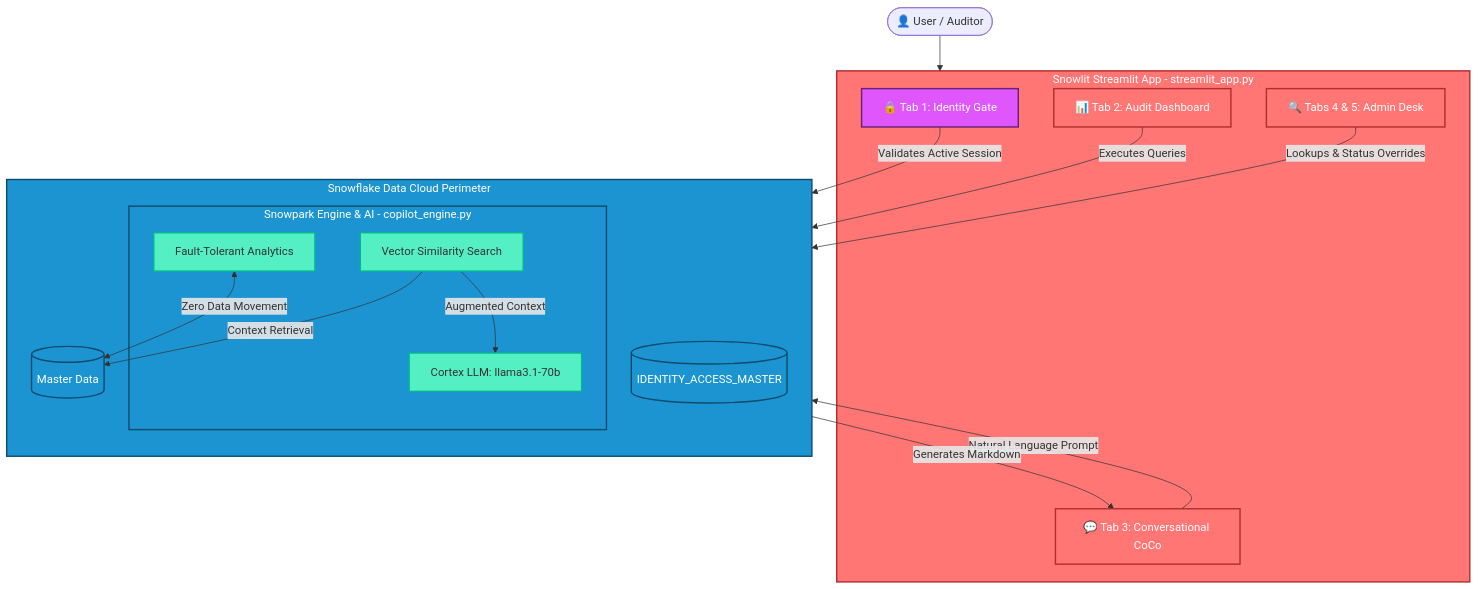
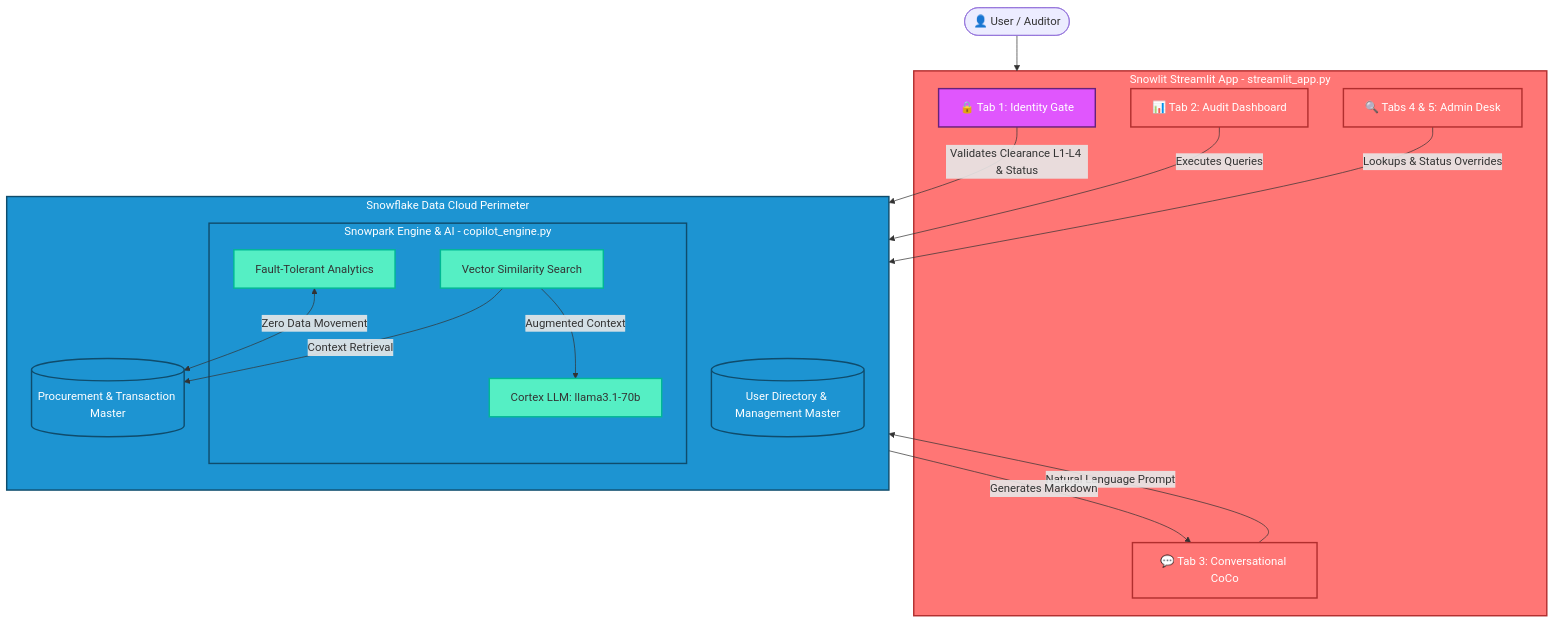
Before and after one commit to SRINIVASTA/risk-fraud-copilot-workspace: the diagram in README.md, drawn with Mermaid. The commit also changed other lines of this file, not shown here.

````diff
--- a/README.md
+++ b/README.md
@@ -15,55 +15,55 @@
 ```mermaid
 graph TD
     %% Base Styling
     classDef snowflake fill:#1d94d2,stroke:#0f4c6c,stroke-width:2px,color:#fff;
     classDef security fill:#e056fd,stroke:#68217a,stroke-width:2px,color:#fff;
     classDef app fill:#ff7675,stroke:#b12e2e,stroke-width:2px,color:#fff;
     classDef data fill:#55efc4,stroke:#00b894,stroke-width:2px,color:#333;
 
     %% Components
     User([👤 User / Auditor])
     
     subgraph UI [Snowlit Streamlit App - streamlit_app.py]
         Tab1[🔒 Tab 1: Identity Gate]
         Tab2[📊 Tab 2: Audit Dashboard]
         Tab3[💬 Tab 3: Conversational CoCo]
         Tab4[🔍 Tabs 4 & 5: Admin Desk]
     end
 
     subgraph SF [Snowflake Data Cloud Perimeter]
         direction TB
-        DB[(Master Data)]
-        IAM[(IDENTITY_ACCESS_MASTER)]
+        ProcurementDB[(Procurement & Transaction Master)]
+        UserDB[(User Directory & Management Master)]
         
         subgraph Snowpark [Snowpark Engine & AI - copilot_engine.py]
             Analytics[Fault-Tolerant Analytics]
             Vector[Vector Similarity Search]
             LLM[Cortex LLM: llama3.1-70b]
         end
     end
 
     %% Interactions
     User --> UI
     
     %% Security Validation
-    Tab1 -->|Validates Active Session| IAM
+    Tab1 -->|Validates Clearance L1-L4 & Status| UserDB
     
     %% Core App Flows
     Tab2 -->|Executes Queries| Analytics
-    Analytics <-->|Zero Data Movement| DB
+    Analytics <-->|Zero Data Movement| ProcurementDB
     
     %% AI Flows
     Tab3 -->|Natural Language Prompt| Vector
-    Vector -->|Context Retrieval| DB
+    Vector -->|Context Retrieval| ProcurementDB
     Vector -->|Augmented Context| LLM
     LLM -->|Generates Markdown| Tab3
     
     %% Admin Flows
-    Tab4 -->|Lookups & Status Overrides| DB
+    Tab4 -->|Lookups & Status Overrides| UserDB
 
     %% Apply Styles
-    class SF,DB,IAM,Snowpark snowflake;
+    class SF,ProcurementDB,UserDB,Snowpark snowflake;
     class Tab1 security;
     class UI,Tab2,Tab3,Tab4 app;
     class Analytics,Vector,LLM data;
 ```
````
